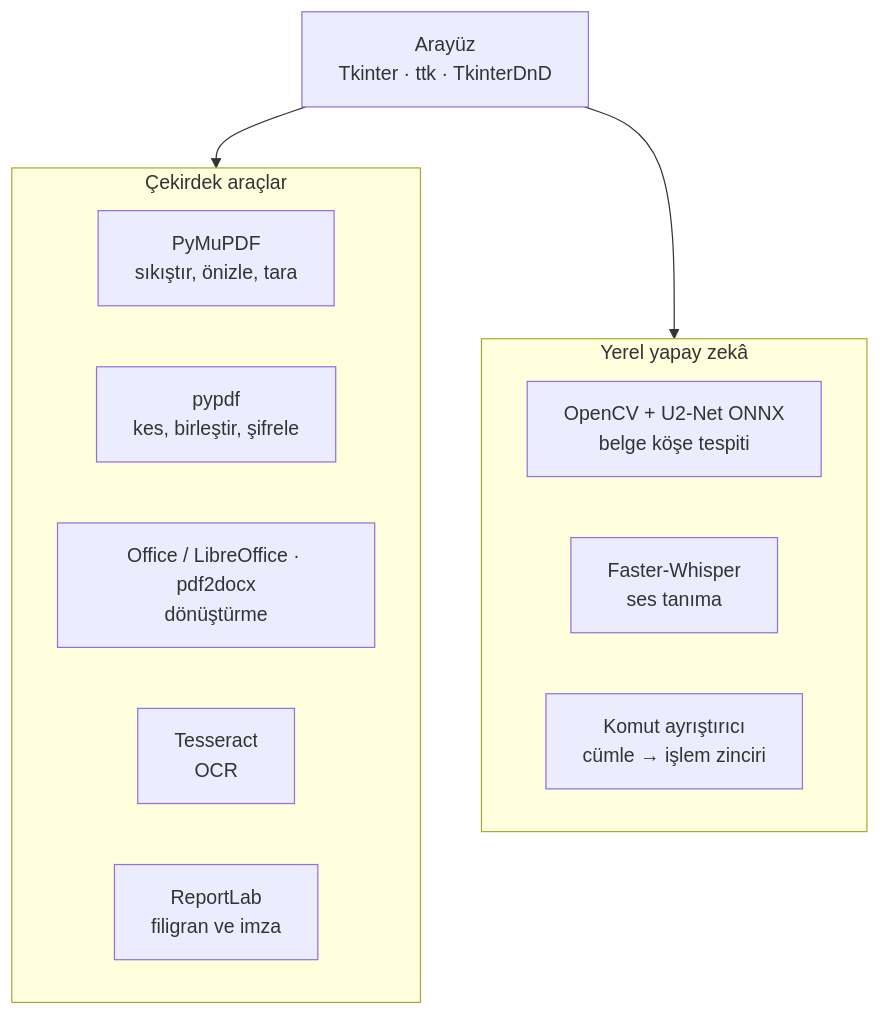
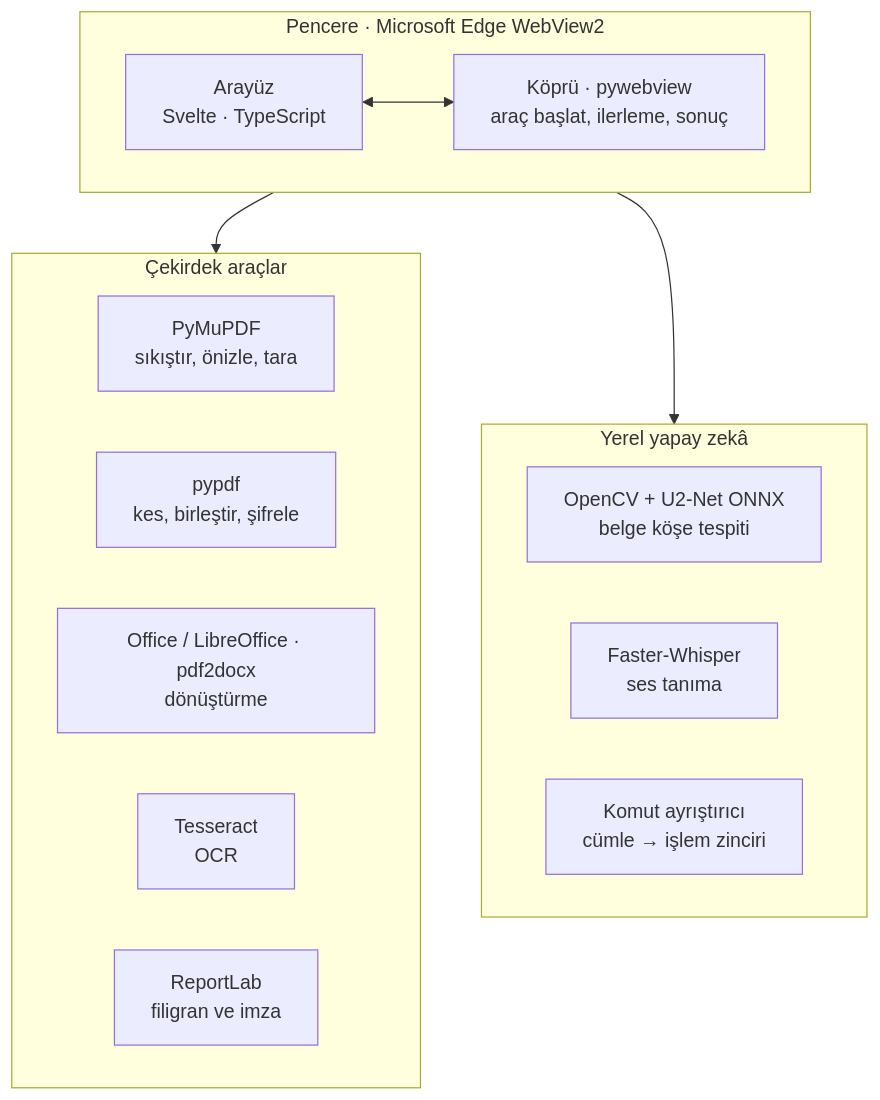
One commit to AsirCan/PDFAura changed the first of 2 diagrams in README.md. Above: the diagram before and after it, drawn with Mermaid. The commit also changed other lines of this file and 6 other files, not shown here.

````diff
--- a/README.md
+++ b/README.md
@@ -203,20 +207,25 @@
 ```mermaid
 flowchart TB
-    UI["Arayüz<br/>Tkinter · ttk · TkinterDnD"]
+    subgraph W["Pencere · Microsoft Edge WebView2"]
+        direction LR
+        UI["Arayüz<br/>Svelte · TypeScript"]
+        BR["Köprü · pywebview<br/>araç başlat, ilerleme, sonuç"]
+        UI <--> BR
+    end
     subgraph CORE["Çekirdek araçlar"]
         direction LR
         P1["PyMuPDF<br/>sıkıştır, önizle, tara"]
         P2["pypdf<br/>kes, birleştir, şifrele"]
         P3["Office / LibreOffice · pdf2docx<br/>dönüştürme"]
         P4["Tesseract<br/>OCR"]
         P5["ReportLab<br/>filigran ve imza"]
     end
     subgraph AI["Yerel yapay zekâ"]
         direction LR
         A1["OpenCV + U2-Net ONNX<br/>belge köşe tespiti"]
         A2["Faster-Whisper<br/>ses tanıma"]
         A3["Komut ayrıştırıcı<br/>cümle → işlem zinciri"]
     end
-    UI --> CORE
-    UI --> AI
+    BR --> CORE
+    BR --> AI
 ```
````
